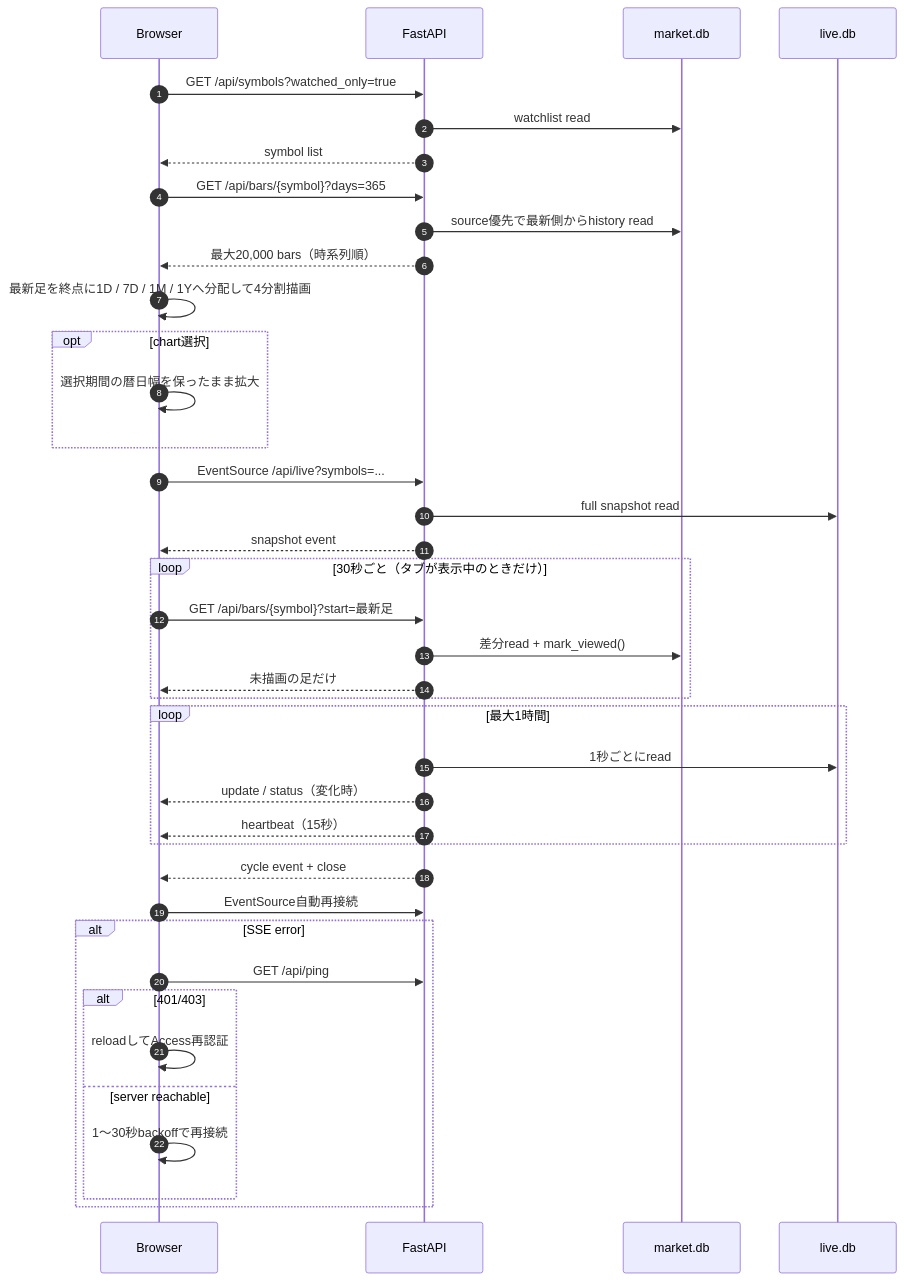
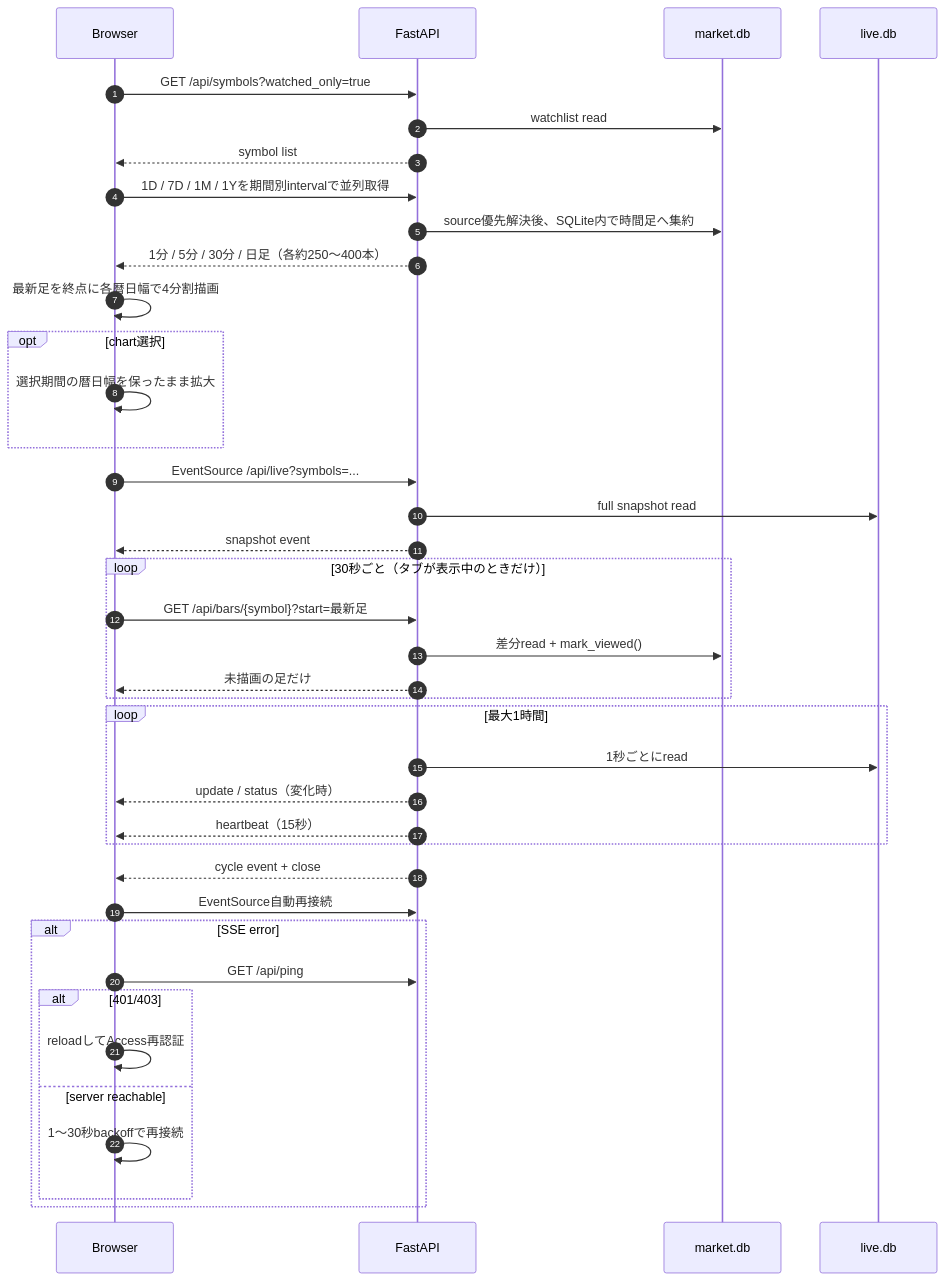
The tenth of 17 diagrams in docs/system-architecture.md (makechair/spelling-inconsistencies), drawn with Mermaid before and after one commit. The commit also changed other lines of this file and 13 other files, not shown here.

Commit message:
Add return surface and adaptive chart intervals [skip ci]

````diff
--- a/docs/system-architecture.md
+++ b/docs/system-architecture.md
@@ -584,43 +584,43 @@
 ```mermaid
 sequenceDiagram
     autonumber
     participant UI as Browser
     participant API as FastAPI
     participant M as market.db
     participant L as live.db
 
     UI->>API: GET /api/symbols?watched_only=true
     API->>M: watchlist read
     API-->>UI: symbol list
-    UI->>API: GET /api/bars/{symbol}?days=365
-    API->>M: source優先で最新側からhistory read
-    API-->>UI: 最大20,000 bars（時系列順）
-    UI->>UI: 最新足を終点に1D / 7D / 1M / 1Yへ分配して4分割描画
+    UI->>API: 1D / 7D / 1M / 1Yを期間別intervalで並列取得
+    API->>M: source優先解決後、SQLite内で時間足へ集約
+    API-->>UI: 1分 / 5分 / 30分 / 日足（各約250〜400本）
+    UI->>UI: 最新足を終点に各暦日幅で4分割描画
     opt chart選択
         UI->>UI: 選択期間の暦日幅を保ったまま拡大
     end
     UI->>API: EventSource /api/live?symbols=...
     API->>L: full snapshot read
     API-->>UI: snapshot event
     loop 30秒ごと（タブが表示中のときだけ）
         UI->>API: GET /api/bars/{symbol}?start=最新足
         API->>M: 差分read + mark_viewed()
         API-->>UI: 未描画の足だけ
     end
     loop 最大1時間
         API->>L: 1秒ごとにread
         API-->>UI: update / status（変化時）
         API-->>UI: heartbeat（15秒）
     end
     API-->>UI: cycle event + close
     UI->>API: EventSource自動再接続
 
     alt SSE error
         UI->>API: GET /api/ping
         alt 401/403
             UI->>UI: reloadしてAccess再認証
         else server reachable
             UI->>UI: 1〜30秒backoffで再接続
         end
     end
 ```
````
